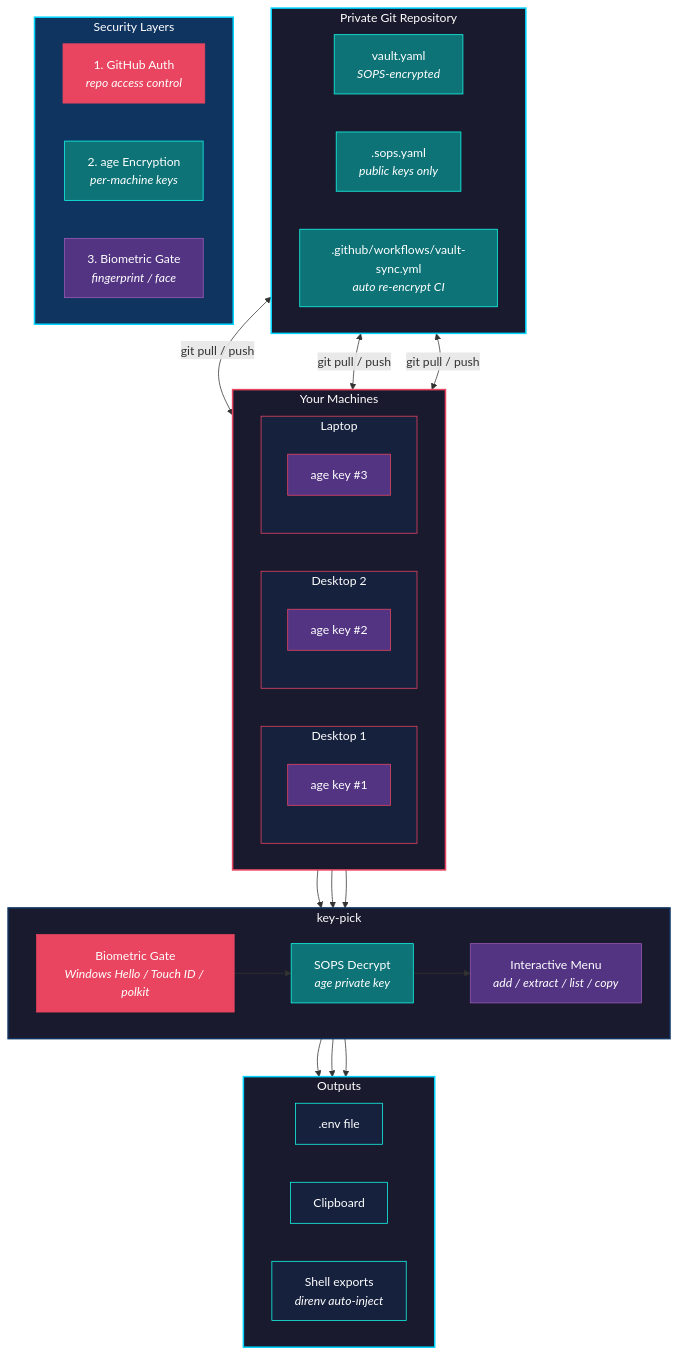
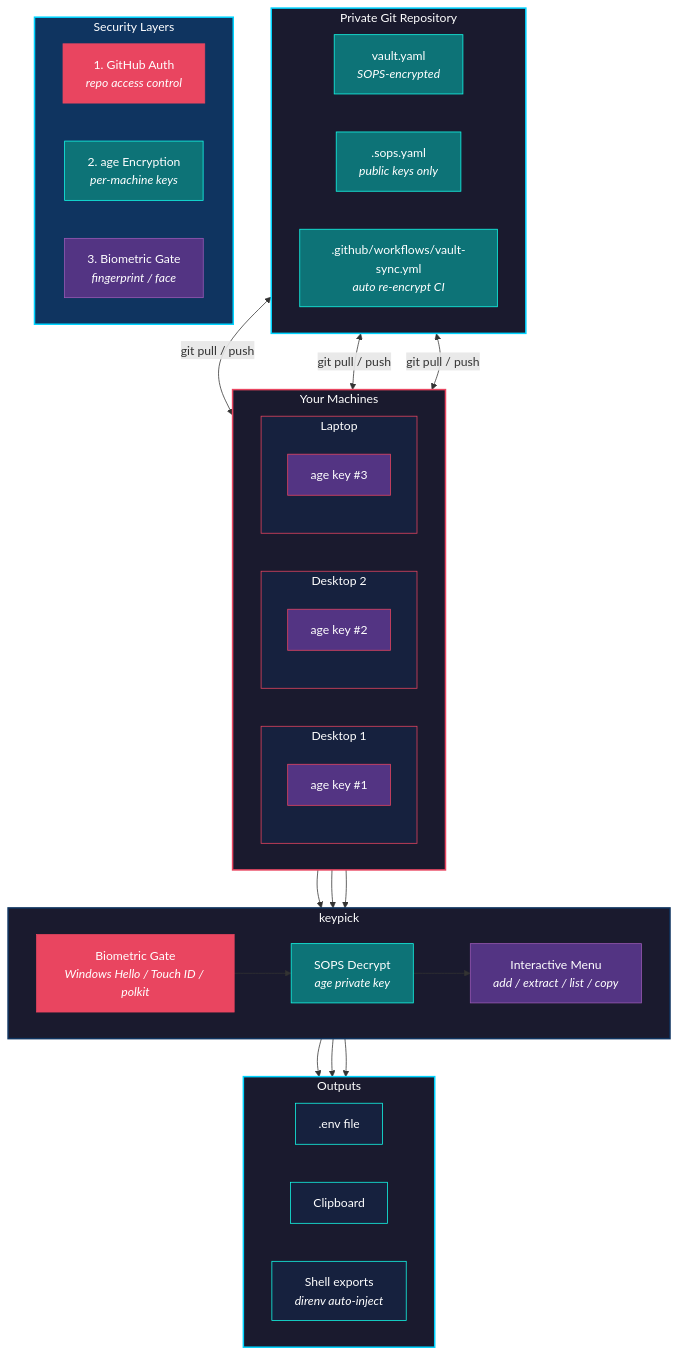
Before and after one commit to seanrobertwright/KeyPick: the diagram in README.md, drawn with Mermaid. The commit also changed other lines of this file and 11 other files, not shown here.

````diff
--- a/README.md
+++ b/README.md
@@ -60,74 +60,74 @@
 ```mermaid
 graph TB
     subgraph repo["Private Git Repository"]
         vault["vault.yaml<br/><i>SOPS-encrypted</i>"]
         sops_cfg[".sops.yaml<br/><i>public keys only</i>"]
         ci[".github/workflows/vault-sync.yml<br/><i>auto re-encrypt CI</i>"]
     end
 
     repo <-->|"git pull / push"| d1
     repo <-->|"git pull / push"| d2
     repo <-->|"git pull / push"| laptop
 
     subgraph machines["Your Machines"]
         direction LR
         subgraph d1["Desktop 1"]
             k1["age key #1"]
         end
         subgraph d2["Desktop 2"]
             k2["age key #2"]
         end
         subgraph laptop["Laptop"]
             k3["age key #3"]
         end
     end
 
     d1 & d2 & laptop --> kp
 
-    subgraph kp["key-pick"]
+    subgraph kp["keypick"]
         direction LR
         bio["Biometric Gate<br/><i>Windows Hello / Touch ID / polkit</i>"]
         bio --> decrypt["SOPS Decrypt<br/><i>age private key</i>"]
         decrypt --> menu["Interactive Menu<br/><i>add / extract / list / copy</i>"]
     end
 
     subgraph outputs["Outputs"]
         direction LR
         env[".env file"]
         clip["Clipboard"]
         shell["Shell exports<br/><i>direnv auto-inject</i>"]
     end
 
     menu --> env & clip & shell
 
     subgraph security["Security Layers"]
         direction LR
         s1["1. GitHub Auth<br/><i>repo access control</i>"]
         s2["2. age Encryption<br/><i>per-machine keys</i>"]
         s3["3. Biometric Gate<br/><i>fingerprint / face</i>"]
     end
 
     style repo fill:#1a1a2e,stroke:#00d4ff,stroke-width:2px,color:#fff
     style vault fill:#0d7377,stroke:#14ffec,color:#fff
     style sops_cfg fill:#0d7377,stroke:#14ffec,color:#fff
     style ci fill:#0d7377,stroke:#14ffec,color:#fff
     style machines fill:#1a1a2e,stroke:#e94560,stroke-width:2px,color:#fff
     style d1 fill:#16213e,stroke:#e94560,color:#fff
     style d2 fill:#16213e,stroke:#e94560,color:#fff
     style laptop fill:#16213e,stroke:#e94560,color:#fff
     style k1 fill:#533483,stroke:#e94560,color:#fff
     style k2 fill:#533483,stroke:#e94560,color:#fff
     style k3 fill:#533483,stroke:#e94560,color:#fff
     style kp fill:#1a1a2e,stroke:#0f3460,stroke-width:2px,color:#fff
     style bio fill:#e94560,stroke:#e94560,color:#fff
     style decrypt fill:#0d7377,stroke:#14ffec,color:#fff
     style menu fill:#533483,stroke:#9b59b6,color:#fff
     style outputs fill:#1a1a2e,stroke:#00d4ff,stroke-width:2px,color:#fff
     style env fill:#16213e,stroke:#14ffec,color:#fff
     style clip fill:#16213e,stroke:#14ffec,color:#fff
     style shell fill:#16213e,stroke:#14ffec,color:#fff
     style security fill:#0f3460,stroke:#00d4ff,stroke-width:2px,color:#fff
     style s1 fill:#e94560,stroke:#e94560,color:#fff
     style s2 fill:#0d7377,stroke:#14ffec,color:#fff
     style s3 fill:#533483,stroke:#9b59b6,color:#fff
 ```
````
